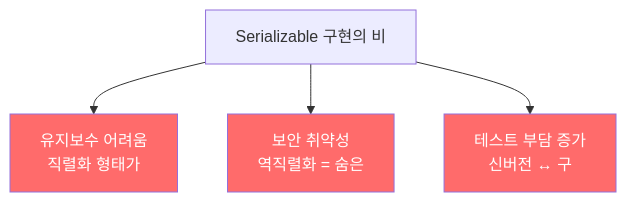
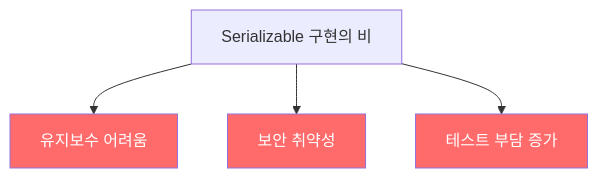
One commit to yjkim2015/yjkim2015.github.io changed the diagram in _posts/java/2022-03-10-effective-java86.md. Above: the diagram before and after it, drawn with Mermaid. The commit also changed 217 other files, not shown here.

First line of the commit message:
Mermaid 크기 수정: useMaxWidth:true + SVG max-width:100% + 라벨 축소

````diff
--- a/_posts/java/2022-03-10-effective-java86.md
+++ b/_posts/java/2022-03-10-effective-java86.md
@@ -54,9 +54,9 @@
 ```mermaid
 graph TD
-    A["Serializable 구현의 비"] --> B["유지보수 어려움\n직렬화 형태가"]
-    A --> C["보안 취약성\n역직렬화 = 숨은"]
-    A --> D["테스트 부담 증가\n신버전 ↔ 구"]
+    A["Serializable 구현의 비"] --> B["유지보수 어려움"]
+    A --> C["보안 취약성"]
+    A --> D["테스트 부담 증가"]
     style B fill:#ff6b6b,color:#fff
     style C fill:#ff6b6b,color:#fff
     style D fill:#ff6b6b,color:#fff
 ```
````
